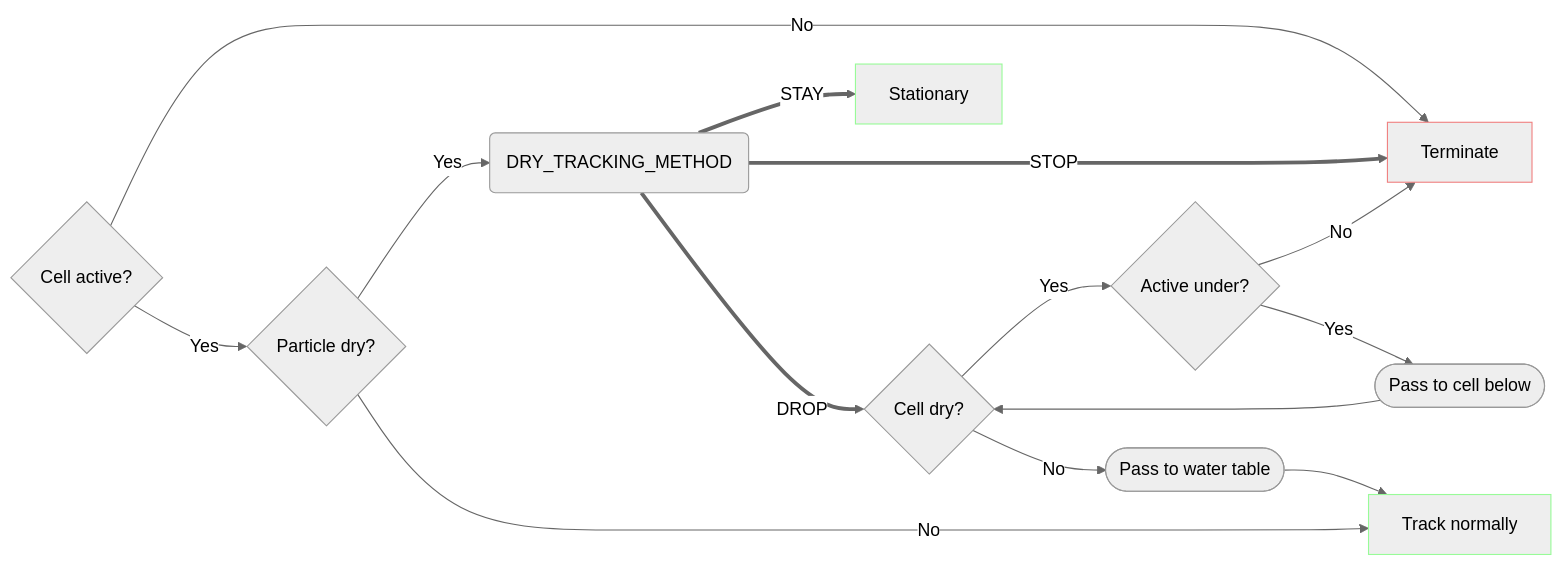
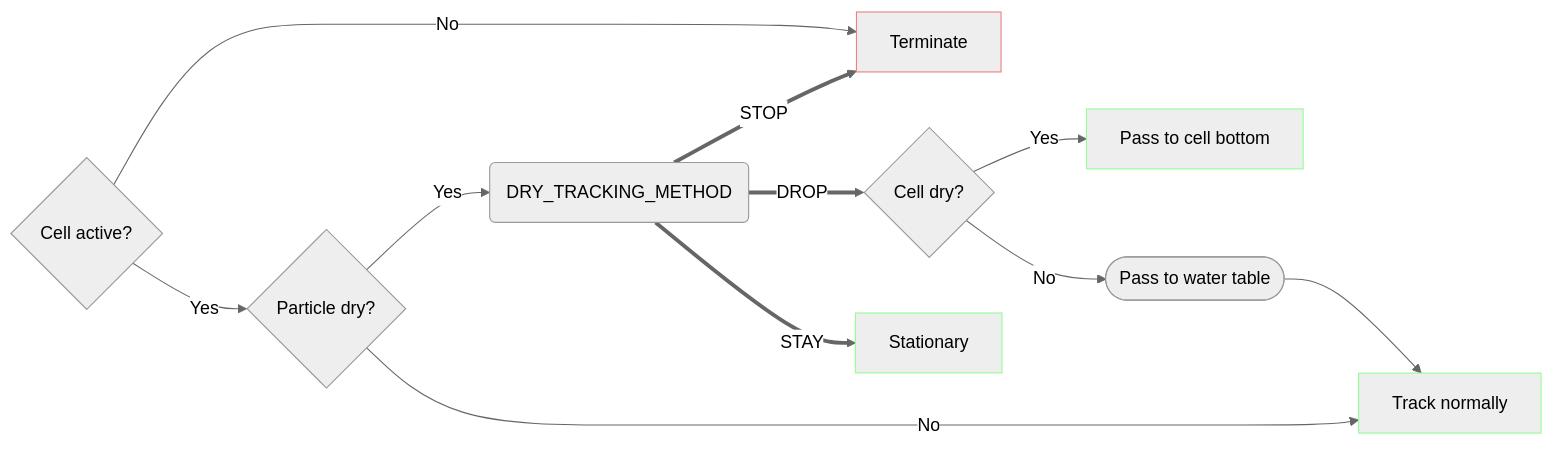
One commit to MODFLOW-USGS/modflow6 changed the third of 3 diagrams in src/Solution/ParticleTracker/vertical.md. Above: the diagram before and after it, drawn with Mermaid (neutral theme). The commit also changed other lines of this file and 4 other files, not shown here.

````diff
--- a/src/Solution/ParticleTracker/vertical.md
+++ b/src/Solution/ParticleTracker/vertical.md
@@ -97,20 +105,16 @@
 ```mermaid
 flowchart LR
     ACTIVE{Cell active?} --> |No| TERMINATE{Terminate}
     ACTIVE{Cell active?} --> |Yes| PARTICLE_DRY
     PARTICLE_DRY{Particle dry?} --> |Yes| DRY_TRACKING_METHOD(DRY_TRACKING_METHOD)
     DRY_TRACKING_METHOD ==> |STOP| TERMINATE[Terminate]:::terminate
     DRY_TRACKING_METHOD ==> |DROP| CELL_DRY{Cell dry?}
-    CELL_DRY --> |Yes| ACTIVE_UNDER
+    CELL_DRY --> |Yes| DROP_BOTTOM[Pass to cell bottom]:::track
     CELL_DRY --> |No| DROP_TABLE([Pass to water table])
-    ACTIVE_UNDER{Active under?}
-    ACTIVE_UNDER --> |No| TERMINATE
-    ACTIVE_UNDER --> |Yes| DROP_BOTTOM([Pass to cell below])
     DRY_TRACKING_METHOD ==> |STAY| STAY[Stationary]:::track
     DROP_TABLE --> TRACK:::track
     PARTICLE_DRY --> |No| TRACK[Track normally]
-    DROP_BOTTOM --> CELL_DRY
 
     classDef track stroke:#98fb98
     classDef terminate stroke:#f08080
 ```
````
